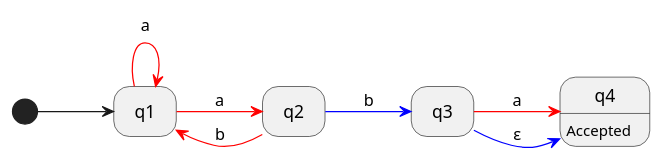
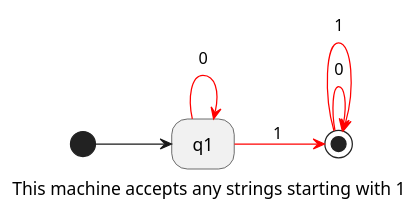
The second of 7 diagrams in pages/Finite state automata.md (soyart/notes), drawn with PlantUML before and after one commit. The commit also changed other lines of this file and 5 other files, not shown here.

```diff
--- a/pages/Finite state automata.md
+++ b/pages/Finite state automata.md
@@ -110,19 +75,17 @@
-					  @startuml
-					  left to right direction
-					  hide empty description
-					  
-					  state start <<start>>
-					  state q4: Accepted
-					  
-					  start --> q1
-					  
-					  q1-[#red]->q1: a
-					  q1-[#red]->q2: a
-					  
-					  q2-[#red]->q1: b
-					  q2-[#blue]->q3: b
-					  
-					  q3-[#red]->q4: a
-					  q3-[#blue]->q4: ε
-					  
-					  @enduml
+			  @startuml
+			  caption This machine accepts any strings starting with 1
+			  left to right direction
+			  hide empty description
+			  
+			  state start <<start>>
+			  state q2 <<end>>
+			  
+			  start --> q1
+			  
+			  q1-[#red]->q1: 0
+			  q1-[#red]->q2: 1
+			  
+			  q2-[#red]->q2: 0
+			  q2-[#red]->q2: 1
+			  
+			  @enduml
```
